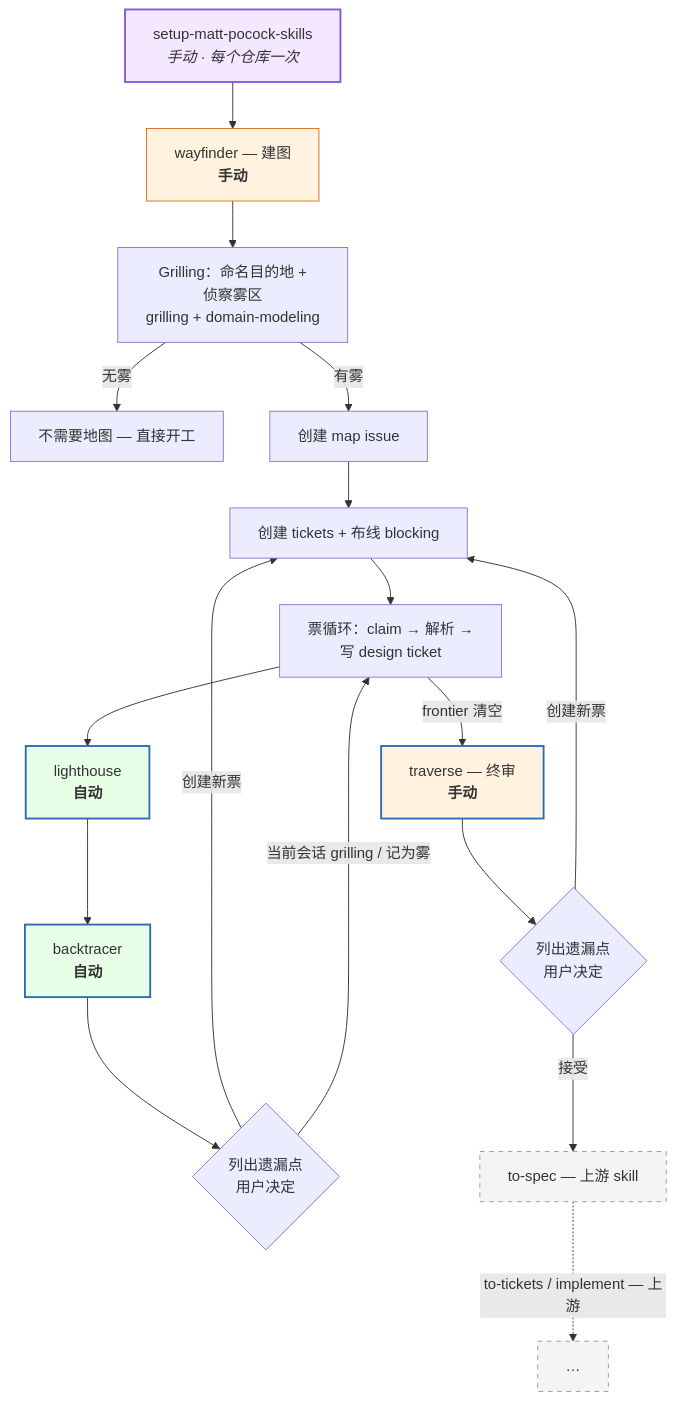
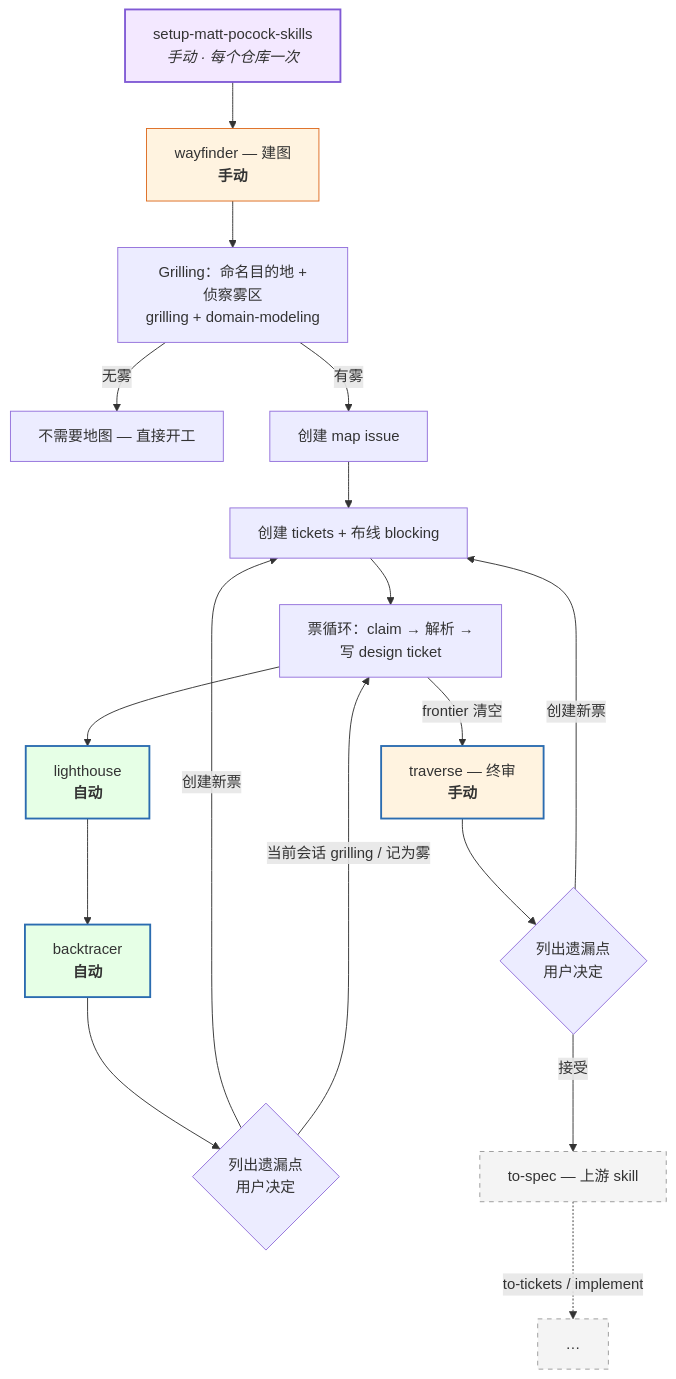
The first of 2 diagrams in README.cn.md (hugosol/oh-my-wayfinder), drawn with Mermaid before and after one commit. The commit also changed 1 other file, not shown here.

Commit message:
display enhance

````diff
--- a/README.cn.md
+++ b/README.cn.md
@@ -46,27 +46,27 @@
 ```mermaid
 flowchart TD
     S["setup-matt-pocock-skills<br/><i>手动 · 每个仓库一次</i>"] --> W["wayfinder — 建图<br/><b>手动</b>"]
     W --> G["Grilling：命名目的地 +<br/>侦察雾区<br/>grilling + domain-modeling"]
     G -->|"无雾"| N["不需要地图 — 直接开工"]
     G -->|"有雾"| M["创建 map issue"]
     M --> T["创建 tickets + 布线 blocking"]
     T --> L["票循环：claim → 解析 →<br/>写 design ticket"]
     L --> LH["lighthouse<br/><b>自动</b>"]
     LH --> BT["backtracer<br/><b>自动</b>"]
     BT --> CG{"列出遗漏点<br/>用户决定"}
     CG -->|"创建新票"| T
     CG -->|"当前会话 grilling / 记为雾"| L
     L -->|"frontier 清空"| TR["traverse — 终审<br/><b>手动</b>"]
     TR --> CG2{"列出遗漏点<br/>用户决定"}
     CG2 -->|"创建新票"| T
     CG2 -->|"接受"| TS["to-spec — 上游 skill"]
-    TS -.->|"to-tickets / implement — 上游"| X["…"]
+    TS -.->|"to-tickets / implement"| X["…"]
 
     style LH fill:#e6ffe6,stroke:#2b6cb0,stroke-width:2px
     style BT fill:#e6ffe6,stroke:#2b6cb0,stroke-width:2px
     style TR fill:#fff3e0,stroke:#2b6cb0,stroke-width:2px
     style W fill:#fff3e0,stroke:#dd6b20
     style S fill:#f3e8ff,stroke:#805ad5,stroke-width:2px
     style TS fill:#f4f4f4,stroke:#999,stroke-dasharray:5 5
     style X fill:#f4f4f4,stroke:#999,stroke-dasharray:5 5
 ```
````
